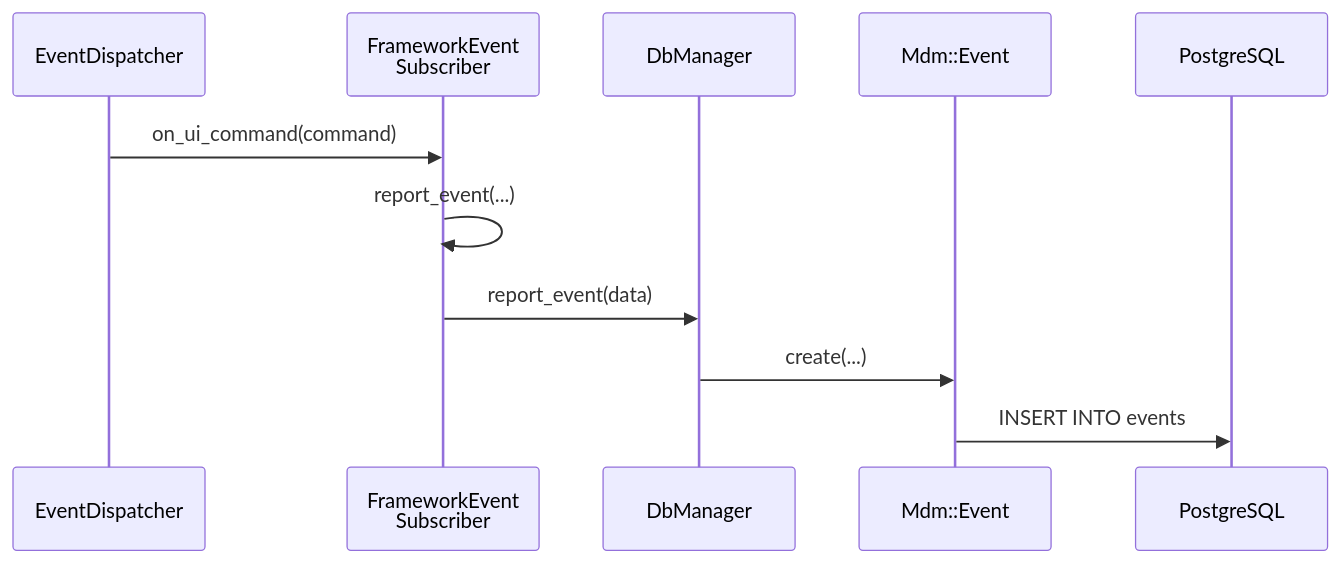
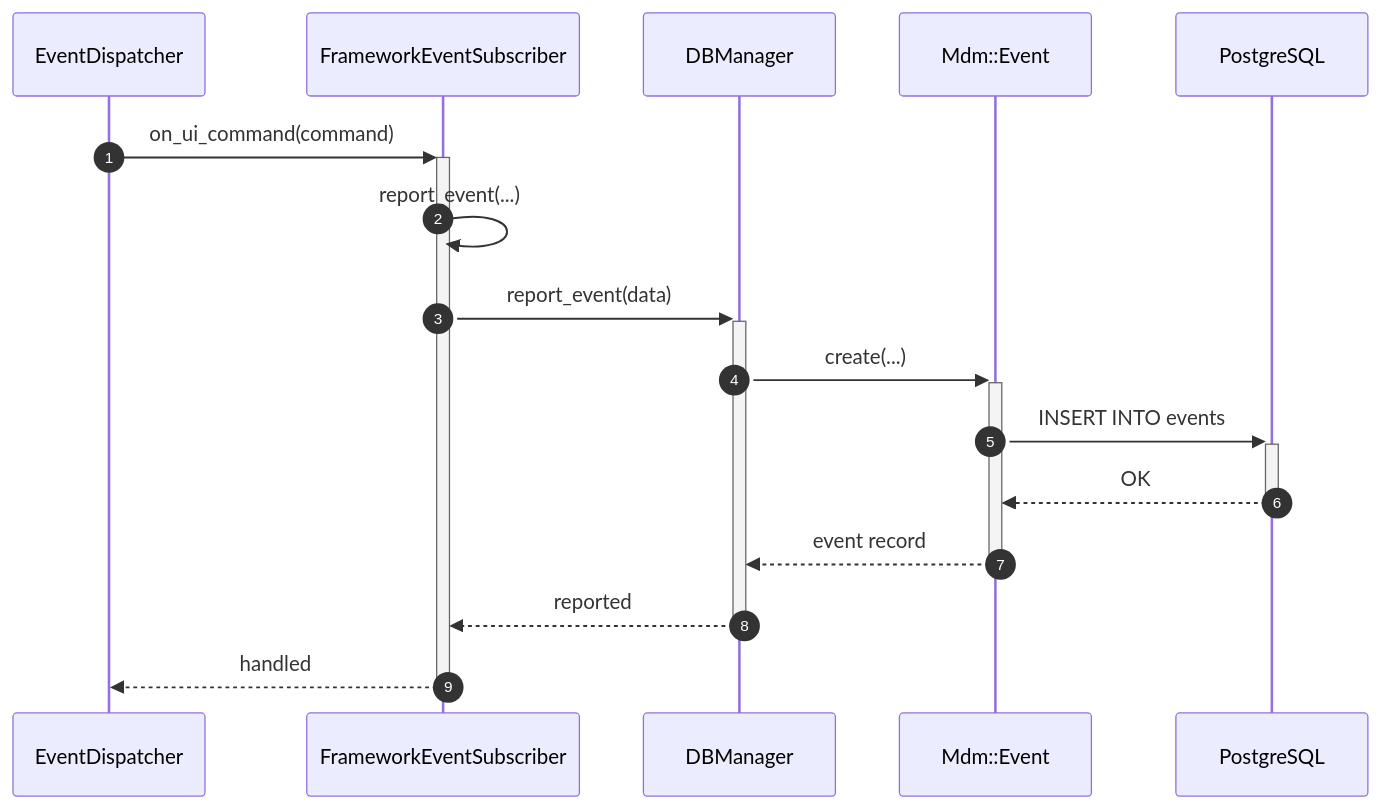
The eighth of 8 diagrams in docs/msfconsole-internals.md (uraitakahito/metasploit-framework), drawn with Mermaid before and after one commit. The commit also changed other lines of this file, not shown here.

First line of the commit message:
Add sequence diagrams for db_nmap, use, services, and back commands

````diff
--- a/docs/msfconsole-internals.md
+++ b/docs/msfconsole-internals.md
@@ -158,14 +954,19 @@
 ```mermaid
 sequenceDiagram
+    autonumber
     participant ED as EventDispatcher
-    participant FES as FrameworkEvent<br/>Subscriber
-    participant DB as DbManager
+    participant FES as FrameworkEventSubscriber
+    participant DB as DBManager
     participant Mdm as Mdm::Event
     participant PG as PostgreSQL
 
-    ED->>FES: on_ui_command(command)
+    ED->>+FES: on_ui_command(command)
     FES->>FES: report_event(...)
-    FES->>DB: report_event(data)
-    DB->>Mdm: create(...)
-    Mdm->>PG: INSERT INTO events
+    FES->>+DB: report_event(data)
+    DB->>+Mdm: create(...)
+    Mdm->>+PG: INSERT INTO events
+    PG-->>-Mdm: OK
+    Mdm-->>-DB: event record
+    DB-->>-FES: reported
+    FES-->>-ED: handled
 ```
````
